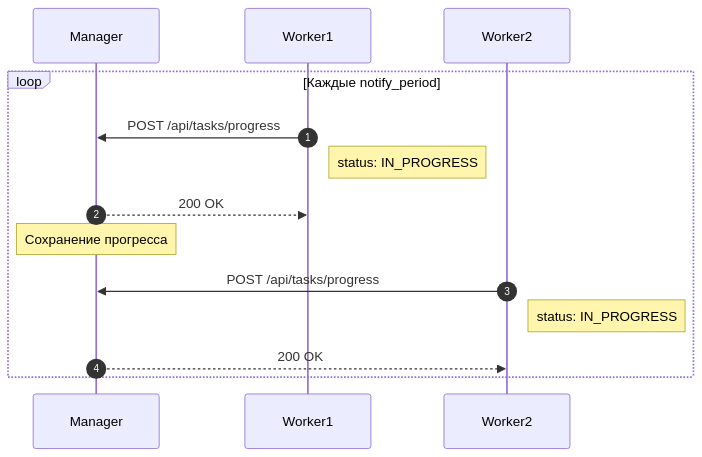
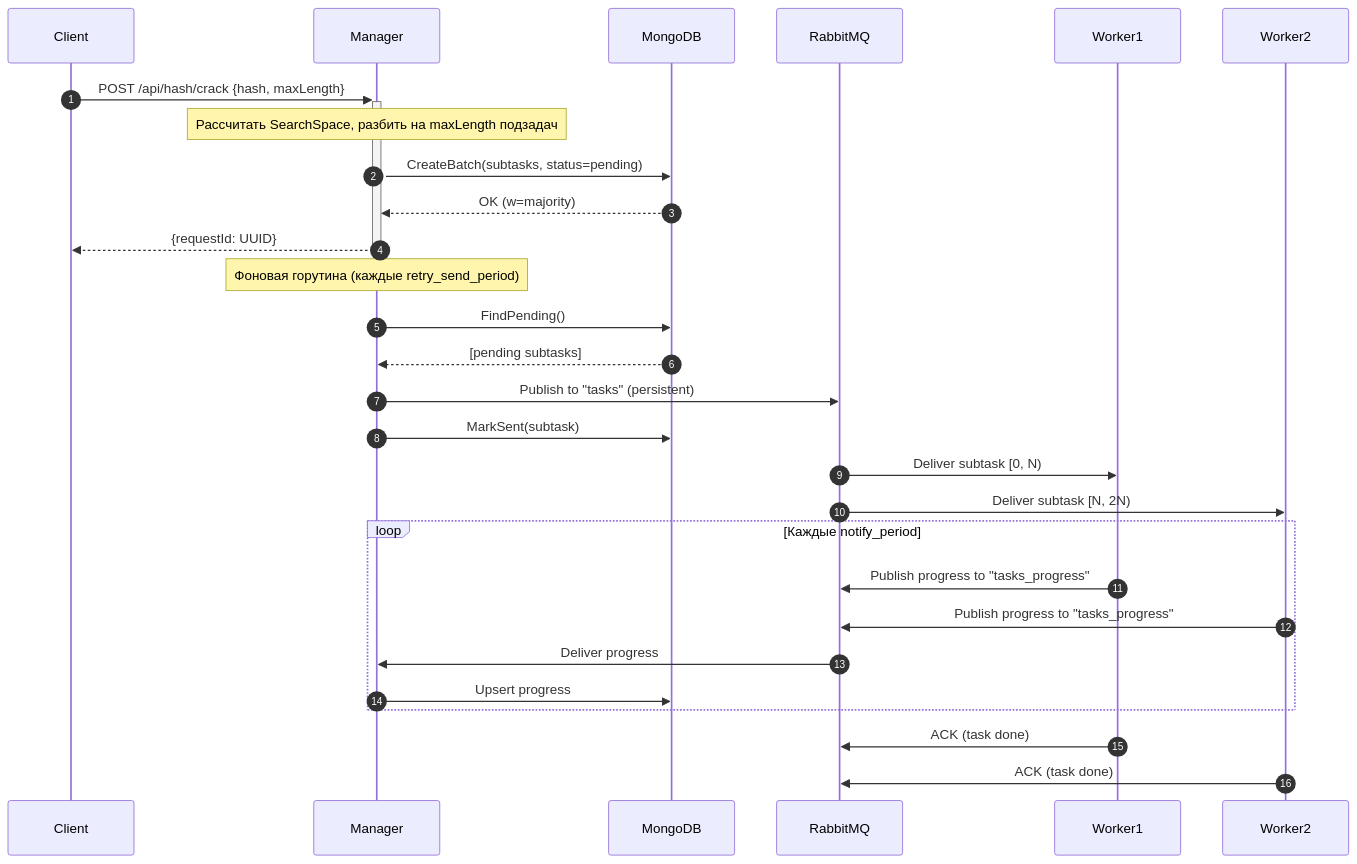
Before and after one commit to kestfor/CrackHash: the first of 3 diagrams in README.md, drawn with Mermaid. The commit also changed other lines of this file and 47 other files, not shown here.

First line of the commit message:
fault tolerance: RabbitMQ + MongoDB RS, cleanup dead code, update docs

````diff
--- a/README.md
+++ b/README.md
@@ -157,19 +80,35 @@
 ```mermaid
 sequenceDiagram
     autonumber
+    participant Client
     participant Manager
+    participant MongoDB
+    participant RabbitMQ
     participant Worker1
     participant Worker2
 
+    Client->>+Manager: POST /api/hash/crack {hash, maxLength}
+    Note over Manager: Рассчитать SearchSpace, разбить на maxLength подзадач
+    Manager->>MongoDB: CreateBatch(subtasks, status=pending)
+    MongoDB-->>Manager: OK (w=majority)
+    Manager-->>-Client: {requestId: UUID}
+
+    Note over Manager: Фоновая горутина (каждые retry_send_period)
+    Manager->>MongoDB: FindPending()
+    MongoDB-->>Manager: [pending subtasks]
+    Manager->>RabbitMQ: Publish to "tasks" (persistent)
+    Manager->>MongoDB: MarkSent(subtask)
+
+    RabbitMQ->>Worker1: Deliver subtask [0, N)
+    RabbitMQ->>Worker2: Deliver subtask [N, 2N)
+
     loop Каждые notify_period
-        Worker1->>Manager: POST /api/tasks/progress
-        Note right of Worker1: status: IN_PROGRESS
-        Manager-->>Worker1: 200 OK
-        Note over Manager: Сохранение прогресса
-
-        Worker2->>Manager: POST /api/tasks/progress
-        Note right of Worker2: status: IN_PROGRESS
-        Manager-->>Worker2: 200 OK
+        Worker1->>RabbitMQ: Publish progress to "tasks_progress"
+        Worker2->>RabbitMQ: Publish progress to "tasks_progress"
+        RabbitMQ->>Manager: Deliver progress
+        Manager->>MongoDB: Upsert progress
     end
 
+    Worker1->>RabbitMQ: ACK (task done)
+    Worker2->>RabbitMQ: ACK (task done)
 ```
````
